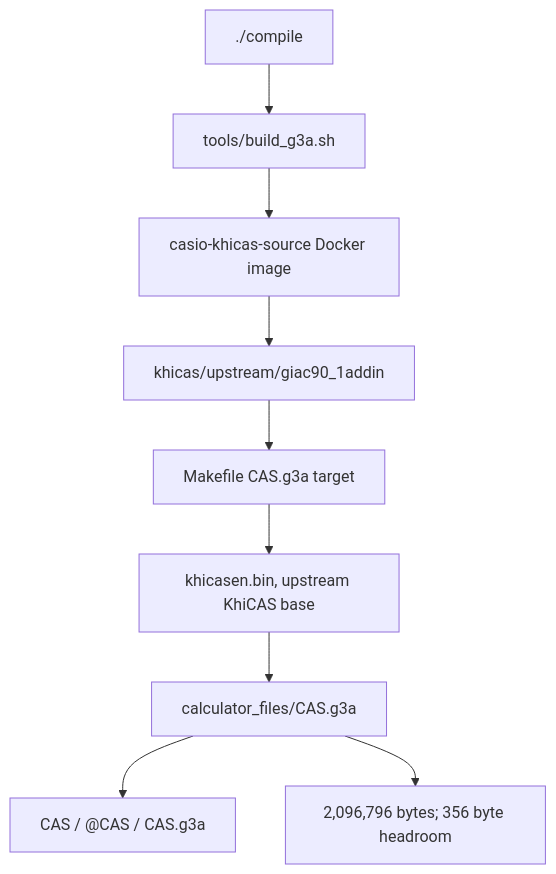
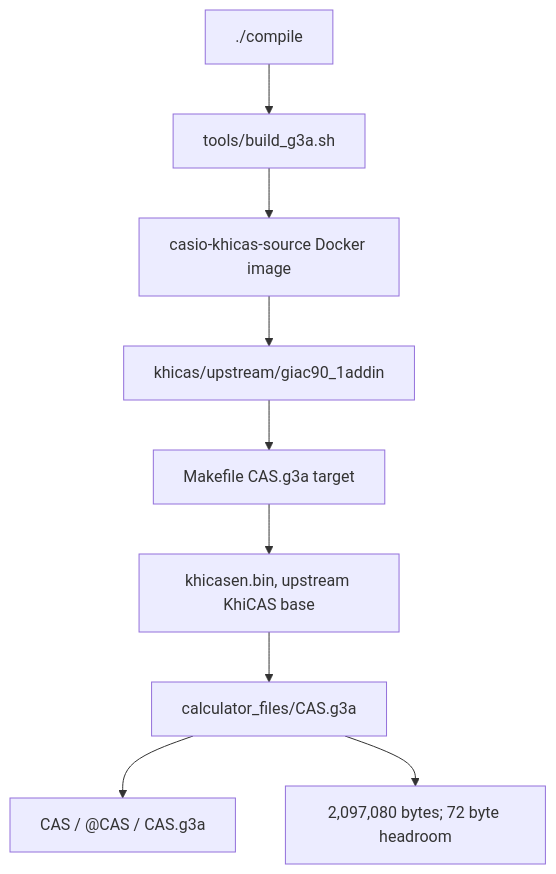
One commit to james8464/notes-addin-casio-fx-cg50 changed the first of 6 diagrams in docs/GRAPH.md. Above: the diagram before and after it, drawn with Mermaid. The commit also changed other lines of this file and 4 other files, not shown here.

````diff
--- a/docs/GRAPH.md
+++ b/docs/GRAPH.md
@@ -7,11 +7,11 @@
 ```mermaid
 graph TD
   Compile["./compile"] --> Build["tools/build_g3a.sh"]
   Build --> Docker["casio-khicas-source Docker image"]
   Docker --> Src["khicas/upstream/giac90_1addin"]
   Src --> Make["Makefile CAS.g3a target"]
   Make --> Bin["khicasen.bin, upstream KhiCAS base"]
   Bin --> G3A["calculator_files/CAS.g3a"]
   G3A --> Meta["CAS / @CAS / CAS.g3a"]
-  G3A --> Size["2,096,796 bytes; 356 byte headroom"]
+  G3A --> Size["2,097,080 bytes; 72 byte headroom"]
 ```
````
